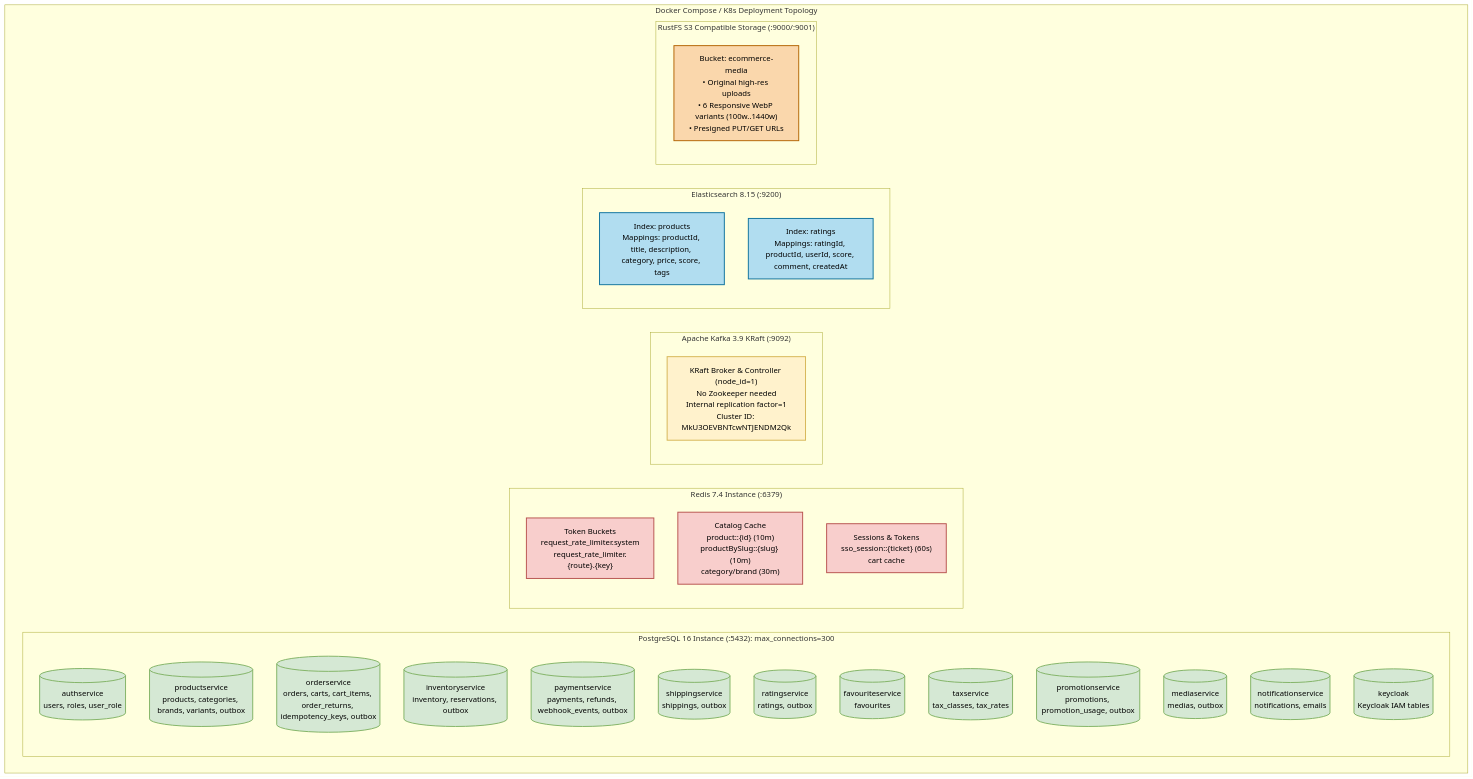
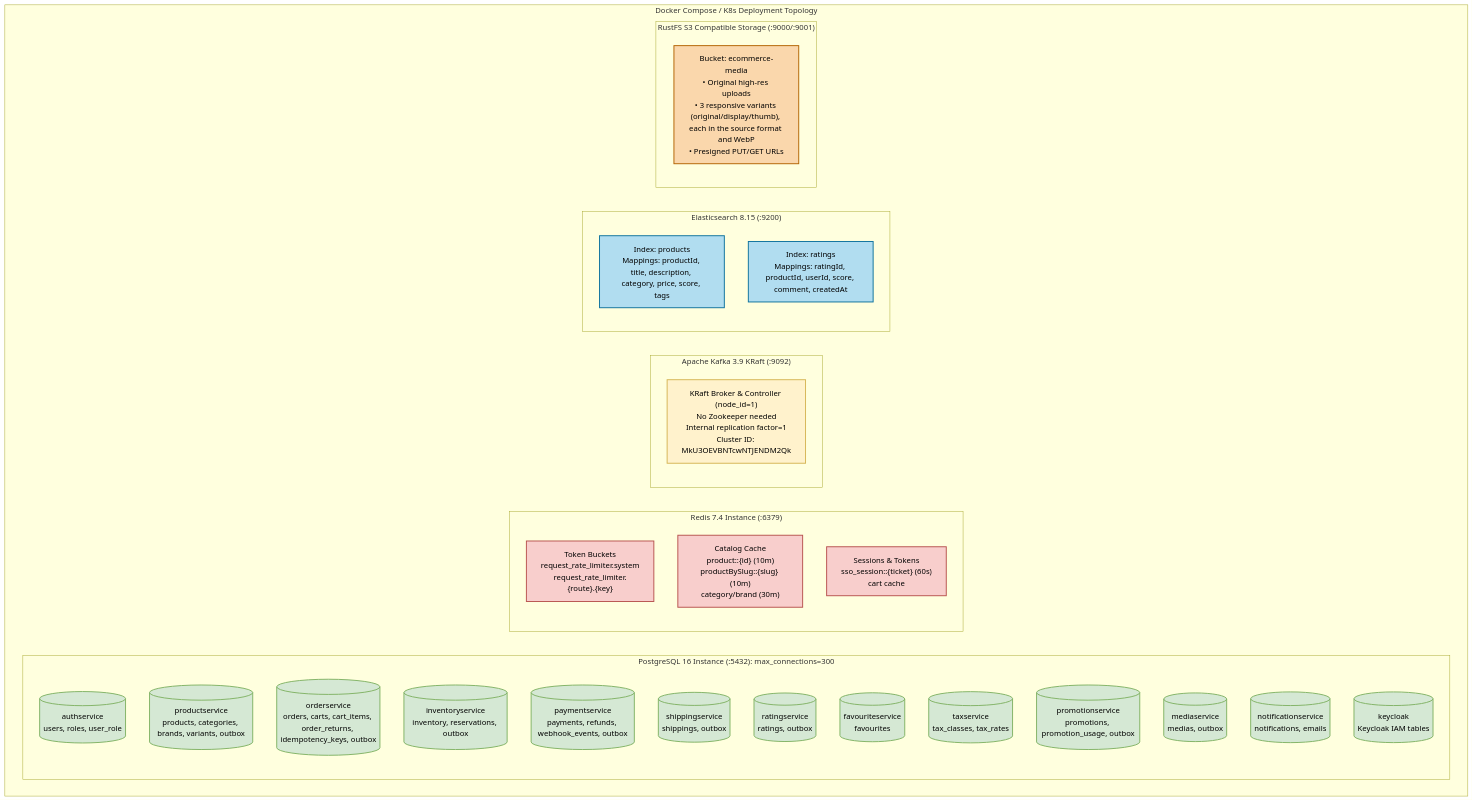
One commit to tonminhce/petproject changed the fifth of 5 diagrams in docs/FULL-ARCHITECTURE.md. Above: the diagram before and after it, drawn with Mermaid. The commit also changed other lines of this file and 20 other files, not shown here.

````diff
--- a/docs/FULL-ARCHITECTURE.md
+++ b/docs/FULL-ARCHITECTURE.md
@@ -437,46 +437,46 @@
 ```mermaid
 %% Data Stores, Storage Architecture & Deployment Topology
 flowchart TB
     classDef pgClass fill:#d5e8d4,stroke:#82b366,stroke-width:2px,color:#000000;
     classDef redisClass fill:#f8cecc,stroke:#b85450,stroke-width:2px,color:#000000;
     classDef kafkaClass fill:#fff2cc,stroke:#d6b656,stroke-width:2px,color:#000000;
     classDef esClass fill:#b1ddf0,stroke:#10739e,stroke-width:2px,color:#000000;
     classDef s3Class fill:#fad7ac,stroke:#b46504,stroke-width:2px,color:#000000;
 
     subgraph DOCKER_COMPOSE ["Docker Compose / K8s Deployment Topology"]
         subgraph PG_CLUSTER ["PostgreSQL 16 Instance (:5432): max_connections=300"]
             DB_AUTH[("authservice<br/>users, roles, user_role")]:::pgClass
             DB_PRD[("productservice<br/>products, categories, brands, variants, outbox")]:::pgClass
             DB_ORD[("orderservice<br/>orders, carts, cart_items, order_returns, idempotency_keys, outbox")]:::pgClass
             DB_INV[("inventoryservice<br/>inventory, reservations, outbox")]:::pgClass
             DB_PAY[("paymentservice<br/>payments, refunds, webhook_events, outbox")]:::pgClass
             DB_SHP[("shippingservice<br/>shippings, outbox")]:::pgClass
             DB_RTG[("ratingservice<br/>ratings, outbox")]:::pgClass
             DB_FAV[("favouriteservice<br/>favourites")]:::pgClass
             DB_TAX[("taxservice<br/>tax_classes, tax_rates")]:::pgClass
             DB_PRM[("promotionservice<br/>promotions, promotion_usage, outbox")]:::pgClass
             DB_MED[("mediaservice<br/>medias, outbox")]:::pgClass
             DB_NTF[("notificationservice<br/>notifications, emails")]:::pgClass
             DB_KC[("keycloak<br/>Keycloak IAM tables")]:::pgClass
         end
 
         subgraph REDIS_CLUSTER ["Redis 7.4 Instance (:6379)"]
             R_BUCKETS["Token Buckets<br/>request_rate_limiter.system<br/>request_rate_limiter.{route}.{key}"]:::redisClass
             R_CATALOG["Catalog Cache<br/>product::{id} (10m)<br/>productBySlug::{slug} (10m)<br/>category/brand (30m)"]:::redisClass
             R_SESSIONS["Sessions & Tokens<br/>sso_session::{ticket} (60s)<br/>cart cache"]:::redisClass
         end
 
         subgraph KAFKA_CLUSTER ["Apache Kafka 3.9 KRaft (:9092)"]
             K_BROKER["KRaft Broker & Controller (node_id=1)<br/>No Zookeeper needed<br/>Internal replication factor=1<br/>Cluster ID: MkU3OEVBNTcwNTJENDM2Qk"]:::kafkaClass
         end
 
         subgraph ES_CLUSTER ["Elasticsearch 8.15 (:9200)"]
             ES_IDX_PRD["Index: products<br/>Mappings: productId, title, description, category, price, score, tags"]:::esClass
             ES_IDX_RTG["Index: ratings<br/>Mappings: ratingId, productId, userId, score, comment, createdAt"]:::esClass
         end
 
         subgraph RUSTFS_CLUSTER ["RustFS S3 Compatible Storage (:9000/:9001)"]
-            S3_BUCKET["Bucket: ecommerce-media<br/>• Original high-res uploads<br/>• 6 Responsive WebP variants (100w..1440w)<br/>• Presigned PUT/GET URLs"]:::s3Class
+            S3_BUCKET["Bucket: ecommerce-media<br/>• Original high-res uploads<br/>• 3 responsive variants (original/display/thumb), each in the source format and WebP<br/>• Presigned PUT/GET URLs"]:::s3Class
         end
     end
 ```
````
